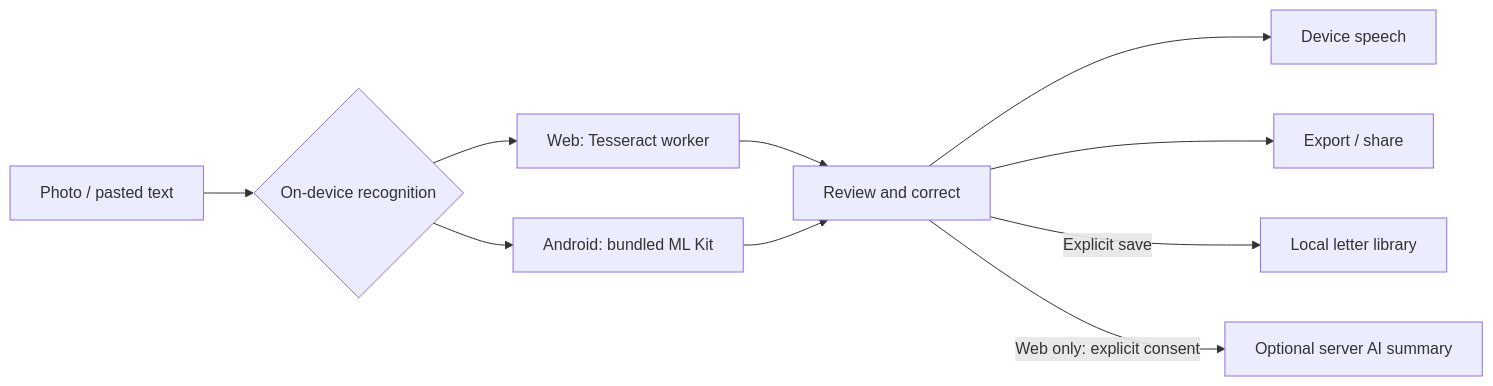
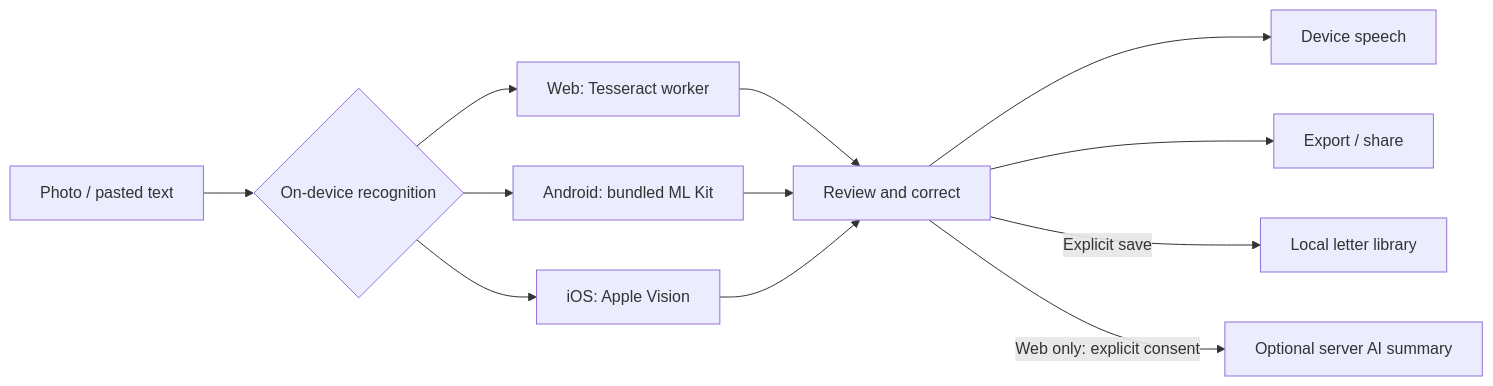
Before and after one commit to joshbeira/Penny: the diagram in README.md, drawn with Mermaid. The commit also changed other lines of this file and 24 other files, not shown here.

````diff
--- a/README.md
+++ b/README.md
@@ -64,12 +78,14 @@
 ```mermaid
 flowchart LR
   A[Photo / pasted text] --> B{On-device recognition}
   B --> W[Web: Tesseract worker]
   B --> K[Android: bundled ML Kit]
+  B --> I[iOS: Apple Vision]
   W --> R[Review and correct]
   K --> R
+  I --> R
   R --> S[Device speech]
   R --> E[Export / share]
   R -->|Explicit save| L[Local letter library]
   R -->|Web only: explicit consent| C[Optional server AI summary]
 ```
````
